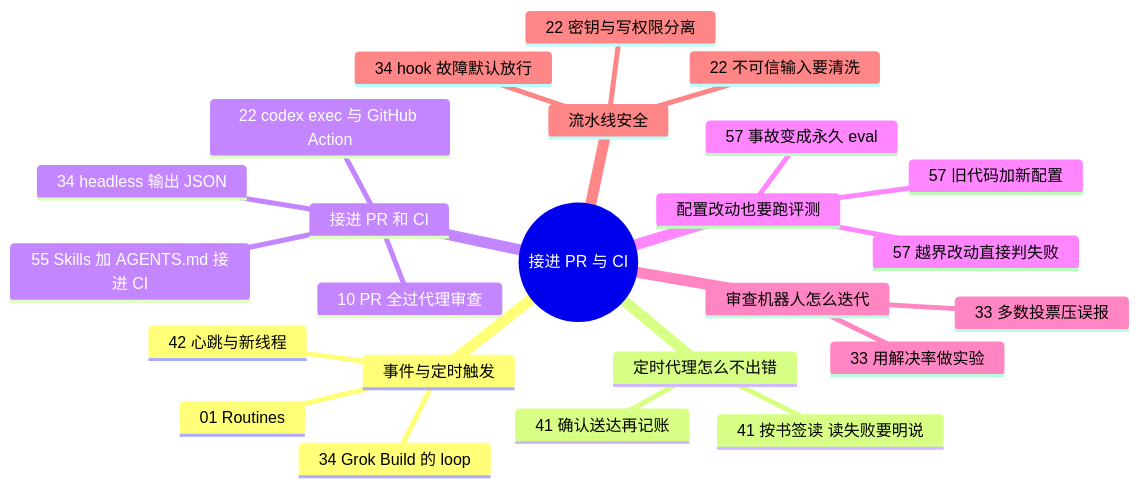
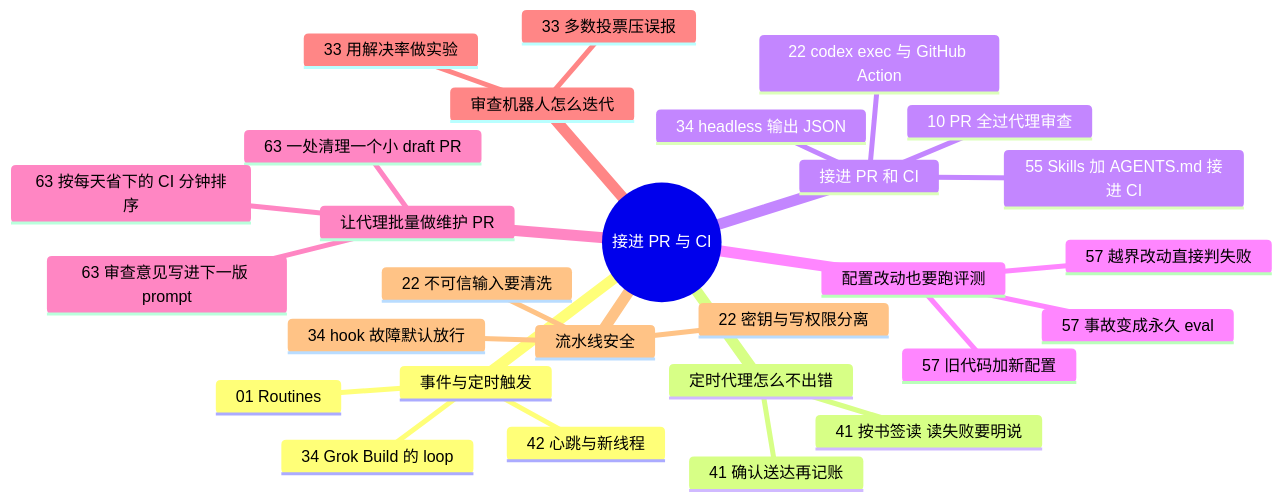
The diagram in docs/guide/ci.md (yzw7489757/ai-coding-videos), drawn with Mermaid before and after one commit. The commit also changed other lines of this file and 18 other files, not shown here.

````diff
--- a/docs/guide/ci.md
+++ b/docs/guide/ci.md
@@ -13,27 +13,31 @@
 ```mermaid
 mindmap
   root((接进 PR 与 CI))
     事件与定时触发
       01 Routines
       34 Grok Build 的 loop
       42 心跳与新线程
     定时代理怎么不出错
       41 按书签读 读失败要明说
       41 确认送达再记账
     接进 PR 和 CI
       10 PR 全过代理审查
       22 codex exec 与 GitHub Action
       55 Skills 加 AGENTS.md 接进 CI
       34 headless 输出 JSON
     配置改动也要跑评测
       57 旧代码加新配置
       57 越界改动直接判失败
       57 事故变成永久 eval
+    让代理批量做维护 PR
+      63 一处清理一个小 draft PR
+      63 审查意见写进下一版 prompt
+      63 按每天省下的 CI 分钟排序
     审查机器人怎么迭代
       33 多数投票压误报
       33 用解决率做实验
     流水线安全
       22 密钥与写权限分离
       34 hook 故障默认放行
       22 不可信输入要清洗
 ```
````
